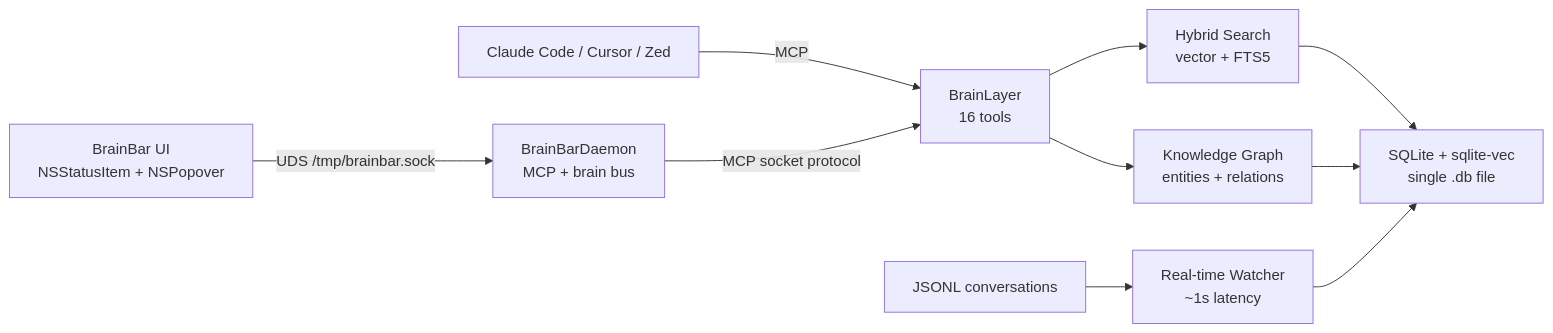
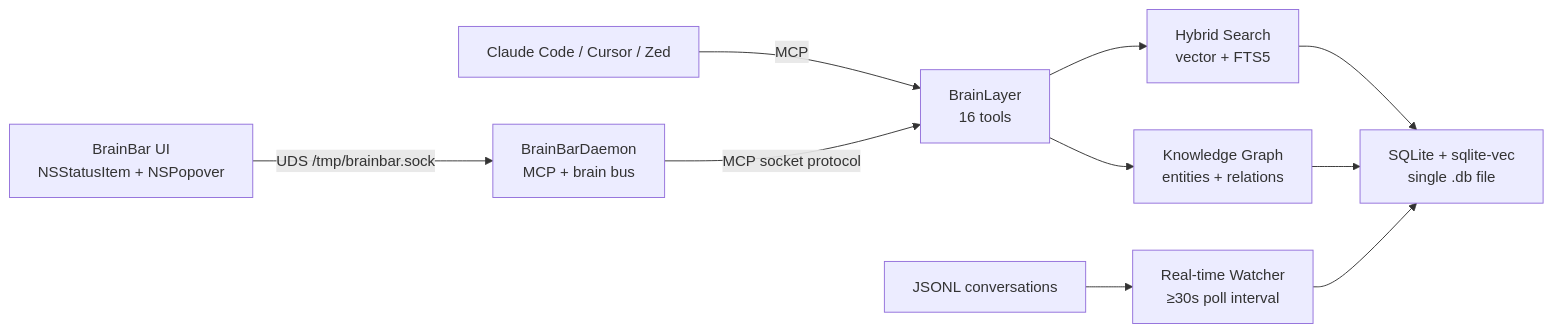
One commit to EtanHey/brainlayer changed the first of 2 diagrams in README.md. Above: the diagram before and after it, drawn with Mermaid. The commit also changed other lines of this file and 3 other files, not shown here.

````diff
--- a/README.md
+++ b/README.md
@@ -153,12 +153,12 @@
 ```mermaid
 graph LR
     A["Claude Code / Cursor / Zed"] -->|MCP| B["BrainLayer<br/>16 tools"]
     B --> C["Hybrid Search<br/>vector + FTS5"]
     C --> D["SQLite + sqlite-vec<br/>single .db file"]
     B --> KG["Knowledge Graph<br/>entities + relations"]
     KG --> D
-    E["JSONL conversations"] --> W["Real-time Watcher<br/>~1s latency"]
+    E["JSONL conversations"] --> W["Real-time Watcher<br/>≥30s poll interval"]
     W --> D
     I["BrainBar UI<br/>NSStatusItem + NSPopover"] -->|UDS /tmp/brainbar.sock| BB["BrainBarDaemon<br/>MCP + brain bus"]
     BB -->|MCP socket protocol| B
 ```
````
